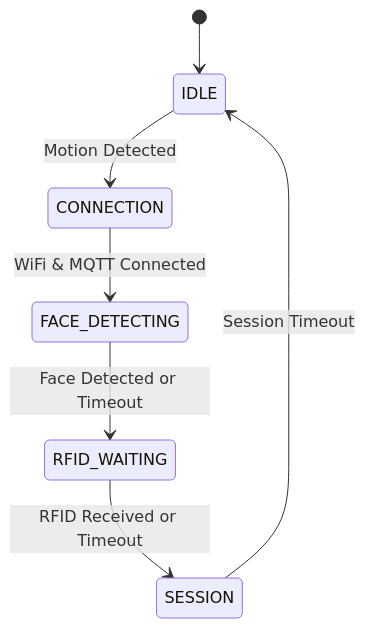
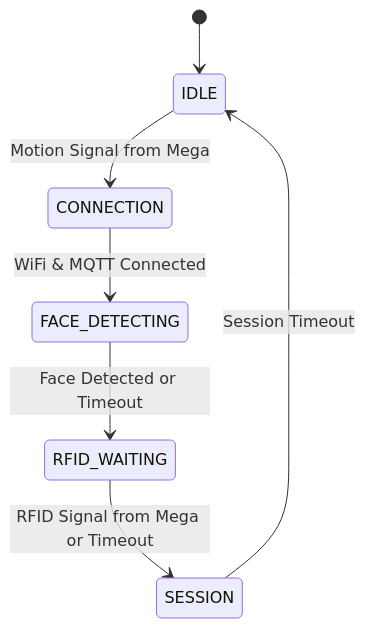
Before and after one commit to KalebCole/Campus-Security-and-Evacuation-System: the first of 2 diagrams in ESP32-Arduino-Framework-NOFACEDETECTIOn/README.md, drawn with Mermaid. The commit also changed other lines of this file and 3 other files, not shown here.

````diff
--- a/ESP32-Arduino-Framework-NOFACEDETECTIOn/README.md
+++ b/ESP32-Arduino-Framework-NOFACEDETECTIOn/README.md
@@ -40,9 +40,9 @@
 ```mermaid
 stateDiagram-v2
     [*] --> IDLE
-    IDLE --> CONNECTION: Motion Detected
+    IDLE --> CONNECTION: Motion Signal from Mega
     CONNECTION --> FACE_DETECTING: WiFi & MQTT Connected
     FACE_DETECTING --> RFID_WAITING: Face Detected or Timeout
-    RFID_WAITING --> SESSION: RFID Received or Timeout
+    RFID_WAITING --> SESSION: RFID Signal from Mega or Timeout
     SESSION --> IDLE: Session Timeout
 ```
````
